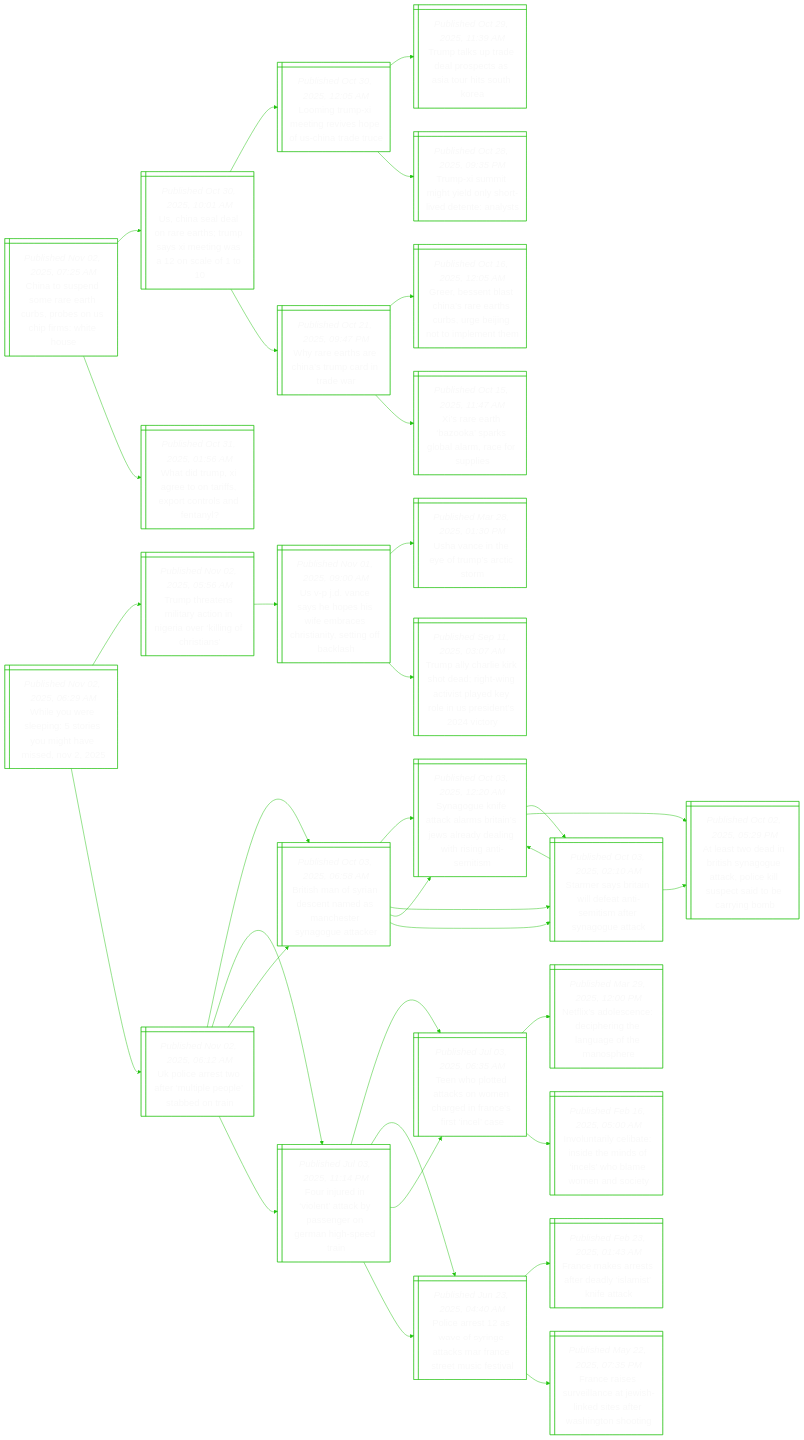
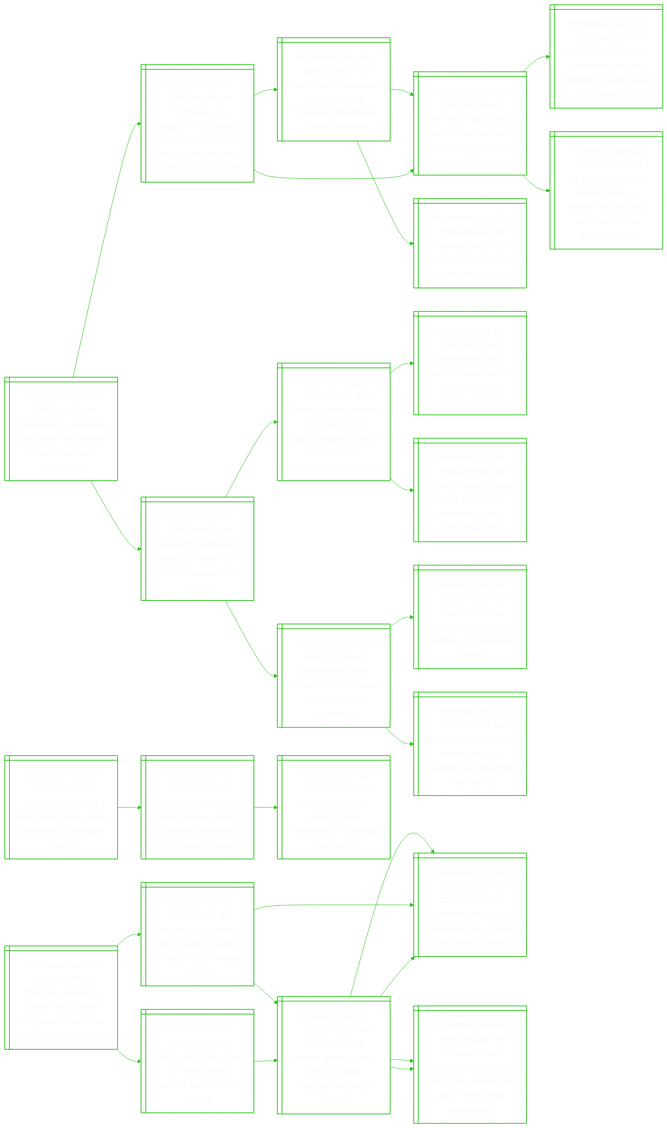
One commit to notJmes/notJmes changed the diagram in README.md. Above: the diagram before and after it, drawn with Mermaid. The commit also changed other lines of this file, not shown here.

````diff
--- a/README.md
+++ b/README.md
@@ -16,115 +16,91 @@
 flowchart LR
 classDef txtsize font-size:20px;
 
-CtportbbUpsee@{ shape: win-pane, label: "_Published Nov 02, 2025, 07:25 AM_
-China to suspend some rare earth curbs, probes on us chip firms: white house" }
-Unloehmsewne@{ shape: win-pane, label: "_Published Oct 30, 2025, 10:01 AM_
-Us, china seal deal on rare earths; trump says xi meeting was a 12 on scale of 1 to 10" }
-LnmegvpSaee@{ shape: win-pane, label: "_Published Oct 30, 2025, 12:05 AM_
-Looming trump-xi meeting revives hope of us-china trade truce" }
-Ttudlpaahoo@{ shape: win-pane, label: "_Published Oct 29, 2025, 11:39 AM_
-Trump talks up trade deal prospects as asia tour hits south korea" }
-TXmgelreent@{ shape: win-pane, label: "_Published Oct 28, 2025, 09:35 PM_
-Trump-xi summit might yield only short-lived detente: analysts" }
-Wrteamdar@{ shape: win-pane, label: "_Published Oct 21, 2025, 09:47 PM_
-Why rare earths are china’s trump card in trade war" }
-GBnsnrtrgjomee@{ shape: win-pane, label: "_Published Oct 16, 2025, 12:05 AM_
-Greer, bessent blast china’s rare earths curbs, urge beijing not to implement them" }
-Xrtopglmfps@{ shape: win-pane, label: "_Published Oct 15, 2025, 11:47 AM_
-Xi’s rare earth ‘bazooka’ sparks global alarm, race for supplies" }
-Wimgoretrnt@{ shape: win-pane, label: "_Published Oct 31, 2025, 01:56 AM_
-What did trump, xi agree to on tariffs, export controls and fentanyl?" }
+ItlotltadSlcs@{ shape: win-pane, label: "_Published Nov 02, 2025, 11:43 AM_
+‘intentional’ explosion took place at harvard medical school, officials say" }
+TsrgTsadeyneodcg@{ shape: win-pane, label: "_Published Oct 01, 2025, 09:20 AM_
+‘their sins are forgiven’: trump says harvard university to run ‘trade schools’ under upcoming deal" }
+TaiteoHrllfad@{ shape: win-pane, label: "_Published Sep 30, 2025, 07:47 AM_
+Trump administration seeks to make harvard ineligible for federal funding" }
+GngcoetnooT@{ shape: win-pane, label: "_Published Sep 29, 2025, 09:25 AM_
+Give in or fight back? us colleges are torn on how to respond to trump" }
+Hrrreizsoop@{ shape: win-pane, label: "_Published Sep 20, 2025, 09:20 AM_
+Harvard’s former president criticizes its approach to trump" }
+GngcoetnooT@{ shape: win-pane, label: "_Published Sep 29, 2025, 09:25 AM_
+Give in or fight back? us colleges are torn on how to respond to trump" }
+Hrspnafogloett@{ shape: win-pane, label: "_Published May 23, 2025, 09:34 PM_
+Harvard sues trump administration for blocking enrolment of foreign students" }
+Ukssrooodswrdsi@{ shape: win-pane, label: "_Published Sep 13, 2025, 10:30 AM_
+Uc berkeley shares information on dozens of students, staff with trump administration" }
+Hrdnlnyinnar@{ shape: win-pane, label: "_Published Oct 17, 2025, 03:05 AM_
+Harvard’s endowment swells to nearly $74 billion; donations hit a record" }
+TaiteHruertdaeseo@{ shape: win-pane, label: "_Published Aug 01, 2025, 04:14 AM_
+Trump administration refers harvard to justice department to address anti-semitism allegations" }
+BUrmawhtseei@{ shape: win-pane, label: "_Published Jul 31, 2025, 08:05 AM_
+Brown university makes a deal with the white house to restore funding" }
+WHsfftnssrme@{ shape: win-pane, label: "_Published Jul 26, 2025, 07:39 AM_
+White house seeks fines from other universities after columbia deal" }
+BUrrtiuasaat@{ shape: win-pane, label: "_Published Oct 16, 2025, 07:00 AM_
+Brown university rejects a white house deal for special treatment" }
+TosoeftugrtM@{ shape: win-pane, label: "_Published Oct 14, 2025, 08:00 AM_
+Trump offers all colleges preferential funding plan rejected by mit" }
+BbetnssugtsT@{ shape: win-pane, label: "_Published Aug 05, 2025, 08:59 AM_
+Badly bruised elite us universities are rushing to cut deals with trump" }
 
-CtportbbUpsee:::txtsize --> Unloehmsewne:::txtsize
-Unloehmsewne:::txtsize --> LnmegvpSaee:::txtsize
-LnmegvpSaee:::txtsize --> Ttudlpaahoo:::txtsize
-LnmegvpSaee:::txtsize --> TXmgelreent:::txtsize
-Unloehmsewne:::txtsize --> Wrteamdar:::txtsize
-Wrteamdar:::txtsize --> GBnsnrtrgjomee:::txtsize
-Wrteamdar:::txtsize --> Xrtopglmfps:::txtsize
-CtportbbUpsee:::txtsize --> Wimgoretrnt:::txtsize
+ItlotltadSlcs:::txtsize --> TsrgTsadeyneodcg:::txtsize
+TsrgTsadeyneodcg:::txtsize --> TaiteoHrllfad:::txtsize
+TaiteoHrllfad:::txtsize --> GngcoetnooT:::txtsize
+TaiteoHrllfad:::txtsize --> Hrrreizsoop:::txtsize
+TsrgTsadeyneodcg:::txtsize --> GngcoetnooT:::txtsize
+GngcoetnooT:::txtsize --> Hrspnafogloett:::txtsize
+GngcoetnooT:::txtsize --> Ukssrooodswrdsi:::txtsize
+ItlotltadSlcs:::txtsize --> Hrdnlnyinnar:::txtsize
+Hrdnlnyinnar:::txtsize --> TaiteHruertdaeseo:::txtsize
+TaiteHruertdaeseo:::txtsize --> BUrmawhtseei:::txtsize
+TaiteHruertdaeseo:::txtsize --> WHsfftnssrme:::txtsize
+Hrdnlnyinnar:::txtsize --> BUrrtiuasaat:::txtsize
+BUrrtiuasaat:::txtsize --> TosoeftugrtM:::txtsize
+BUrrtiuasaat:::txtsize --> BbetnssugtsT:::txtsize
 
-WYresemhiN@{ shape: win-pane, label: "_Published Nov 02, 2025, 06:29 AM_
-While you were sleeping: 5 stories you might have missed, nov 2, 2025" }
-TttiriNiriCt@{ shape: win-pane, label: "_Published Nov 02, 2025, 05:56 AM_
-Trump threatens military action in nigeria over ‘killing of christians’" }
-UDehewmeinegas@{ shape: win-pane, label: "_Published Nov 01, 2025, 09:00 AM_
-Us v-p j.d. vance says he hopes his wife embraces christianity, setting off backlash" }
-UanyrAcm@{ shape: win-pane, label: "_Published Mar 28, 2025, 01:30 PM_
-Usha vance in the eye of trump’s arctic storm" }
-TahesegnipdoUstt@{ shape: win-pane, label: "_Published Sep 11, 2025, 03:07 AM_
-Trump ally charlie kirk shot dead; right-wing activist played key role in us president’s 2024 victory" }
-Uirwetpebt@{ shape: win-pane, label: "_Published Nov 02, 2025, 06:12 AM_
-Uk police arrest two after ‘multiple people’ stabbed on train" }
-Bsoisnaceaec@{ shape: win-pane, label: "_Published Oct 03, 2025, 06:58 AM_
-British man of syrian descent named as manchester synagogue attacker" }
-Sontasaerdnhnit@{ shape: win-pane, label: "_Published Oct 03, 2025, 12:20 AM_
-Synagogue knife attack alarms britain’s jews already dealing with rising anti-semitism" }
-Sesaletiasot@{ shape: win-pane, label: "_Published Oct 03, 2025, 02:10 AM_
-Starmer says britain will defeat anti-semitism after synagogue attack" }
-Fndoakseehpr@{ shape: win-pane, label: "_Published Jul 03, 2025, 11:14 PM_
-Four injured in ‘violent’ attack by passenger on german high-speed train" }
-Thttsmainina@{ shape: win-pane, label: "_Published Jul 03, 2025, 06:35 AM_
-Teen who plotted attacks on women charged in france’s first ‘incel’ case" }
-Pesasgaanruea@{ shape: win-pane, label: "_Published Jun 23, 2025, 04:40 AM_
-Police arrest 12 as wave of syringe attacks mar france street music festival" }
+BidfrSFsurcsyi@{ shape: win-pane, label: "_Published Nov 02, 2025, 10:59 AM_
+Britain’s andrew’s former wife sarah ferguson, daughters and corgis hit by crisis" }
+Binrtberrtssm@{ shape: win-pane, label: "_Published Oct 31, 2025, 03:36 AM_
+Britain’s king charles strips brother andrew of royal titles, windsor home" }
+Vnumroeieryin@{ shape: win-pane, label: "_Published Oct 21, 2025, 06:12 PM_
+Virginia giuffre memoir goes on sale, heaping fresh scrutiny on prince andrew" }
+Biinastiifeal@{ shape: win-pane, label: "_Published Feb 16, 2022, 12:22 AM_
+Britain's prince andrew agrees to settle virginia giuffre sex assault claim" }
+BiingunluYteaas@{ shape: win-pane, label: "_Published Oct 18, 2025, 03:26 AM_
+Britain’s prince andrew gives up using title of duke of york, still denies accusations" }
+Biinastiifeal@{ shape: win-pane, label: "_Published Feb 16, 2022, 12:22 AM_
+Britain's prince andrew agrees to settle virginia giuffre sex assault claim" }
+Weatwldorhc@{ shape: win-pane, label: "_Published Oct 31, 2025, 11:05 AM_
+What we know about the downfall of andrew, born a british prince" }
+Vnumroeieryin@{ shape: win-pane, label: "_Published Oct 21, 2025, 06:12 PM_
+Virginia giuffre memoir goes on sale, heaping fresh scrutiny on prince andrew" }
+Biinastiifeal@{ shape: win-pane, label: "_Published Feb 16, 2022, 12:22 AM_
+Britain's prince andrew agrees to settle virginia giuffre sex assault claim" }
+BiingunluYteaas@{ shape: win-pane, label: "_Published Oct 18, 2025, 03:26 AM_
+Britain’s prince andrew gives up using title of duke of york, still denies accusations" }
 
-WYresemhiN:::txtsize --> TttiriNiriCt:::txtsize
-TttiriNiriCt:::txtsize --> UDehewmeinegas:::txtsize
-UDehewmeinegas:::txtsize --> UanyrAcm:::txtsize
-UDehewmeinegas:::txtsize --> TahesegnipdoUstt:::txtsize
-WYresemhiN:::txtsize --> Uirwetpebt:::txtsize
-Uirwetpebt:::txtsize --> Bsoisnaceaec:::txtsize
-Bsoisnaceaec:::txtsize --> Sontasaerdnhnit:::txtsize
-Bsoisnaceaec:::txtsize --> Sesaletiasot:::txtsize
-Uirwetpebt:::txtsize --> Fndoakseehpr:::txtsize
-Fndoakseehpr:::txtsize --> Thttsmainina:::txtsize
-Fndoakseehpr:::txtsize --> Pesasgaanruea:::txtsize
+BidfrSFsurcsyi:::txtsize --> Binrtberrtssm:::txtsize
+Binrtberrtssm:::txtsize --> Vnumroeieryin:::txtsize
+Vnumroeieryin:::txtsize --> Biinastiifeal:::txtsize
+Vnumroeieryin:::txtsize --> BiingunluYteaas:::txtsize
+Binrtberrtssm:::txtsize --> Biinastiifeal:::txtsize
+BidfrSFsurcsyi:::txtsize --> Weatwldorhc:::txtsize
+Weatwldorhc:::txtsize --> Vnumroeieryin:::txtsize
+Vnumroeieryin:::txtsize --> Biinastiifeal:::txtsize
+Vnumroeieryin:::txtsize --> BiingunluYteaas:::txtsize
 
-Uirwetpebt@{ shape: win-pane, label: "_Published Nov 02, 2025, 06:12 AM_
-Uk police arrest two after ‘multiple people’ stabbed on train" }
-Bsoisnaceaec@{ shape: win-pane, label: "_Published Oct 03, 2025, 06:58 AM_
-British man of syrian descent named as manchester synagogue attacker" }
-Sontasaerdnhnit@{ shape: win-pane, label: "_Published Oct 03, 2025, 12:20 AM_
-Synagogue knife attack alarms britain’s jews already dealing with rising anti-semitism" }
-Sesaletiasot@{ shape: win-pane, label: "_Published Oct 03, 2025, 02:10 AM_
-Starmer says britain will defeat anti-semitism after synagogue attack" }
-Asdninualissorg@{ shape: win-pane, label: "_Published Oct 02, 2025, 05:29 PM_
-At least two dead in british synagogue attack, police kill suspect said to be carrying bomb" }
-Sesaletiasot@{ shape: win-pane, label: "_Published Oct 03, 2025, 02:10 AM_
-Starmer says britain will defeat anti-semitism after synagogue attack" }
-Sontasaerdnhnit@{ shape: win-pane, label: "_Published Oct 03, 2025, 12:20 AM_
-Synagogue knife attack alarms britain’s jews already dealing with rising anti-semitism" }
-Asdninualissorg@{ shape: win-pane, label: "_Published Oct 02, 2025, 05:29 PM_
-At least two dead in british synagogue attack, police kill suspect said to be carrying bomb" }
-Fndoakseehpr@{ shape: win-pane, label: "_Published Jul 03, 2025, 11:14 PM_
-Four injured in ‘violent’ attack by passenger on german high-speed train" }
-Thttsmainina@{ shape: win-pane, label: "_Published Jul 03, 2025, 06:35 AM_
-Teen who plotted attacks on women charged in france’s first ‘incel’ case" }
-Nioeeetneese@{ shape: win-pane, label: "_Published Mar 29, 2025, 12:00 PM_
-Netflix’s adolescence: deciphering the language of the manosphere" }
-Iuiledmoeoenoy@{ shape: win-pane, label: "_Published Feb 16, 2025, 05:00 AM_
-Involuntarily celibate: inside the minds of ‘incels’ who blame women and society" }
-Pesasgaanruea@{ shape: win-pane, label: "_Published Jun 23, 2025, 04:40 AM_
-Police arrest 12 as wave of syringe attacks mar france street music festival" }
-Fesstassfa@{ shape: win-pane, label: "_Published Feb 23, 2025, 01:43 AM_
-France makes arrests after deadly ‘islamist’ knife attack" }
-Feevatskttstog@{ shape: win-pane, label: "_Published May 22, 2025, 07:35 PM_
-France raises surveillance at jewish-linked sites after washington shooting" }
+Drberolosac@{ shape: win-pane, label: "_Published Nov 02, 2025, 10:57 AM_
+Denmark’s fabled restaurant noma sells products to amateur cooks" }
+WasewwfsatNl@{ shape: win-pane, label: "_Published Jan 11, 2023, 05:30 AM_
+What happens to the chef when a world-famous restaurant like noma closes?" }
+Nahlstnlgo@{ shape: win-pane, label: "_Published Jan 10, 2023, 01:46 PM_
+Noma, rated the world’s best restaurant, is closing its doors" }
 
-Uirwetpebt:::txtsize --> Bsoisnaceaec:::txtsize
-Bsoisnaceaec:::txtsize --> Sontasaerdnhnit:::txtsize
-Sontasaerdnhnit:::txtsize --> Sesaletiasot:::txtsize
-Sontasaerdnhnit:::txtsize --> Asdninualissorg:::txtsize
-Bsoisnaceaec:::txtsize --> Sesaletiasot:::txtsize
-Sesaletiasot:::txtsize --> Sontasaerdnhnit:::txtsize
-Sesaletiasot:::txtsize --> Asdninualissorg:::txtsize
-Uirwetpebt:::txtsize --> Fndoakseehpr:::txtsize
-Fndoakseehpr:::txtsize --> Thttsmainina:::txtsize
-Thttsmainina:::txtsize --> Nioeeetneese:::txtsize
-Thttsmainina:::txtsize --> Iuiledmoeoenoy:::txtsize
-Fndoakseehpr:::txtsize --> Pesasgaanruea:::txtsize
-Pesasgaanruea:::txtsize --> Fesstassfa:::txtsize
-Pesasgaanruea:::txtsize --> Feevatskttstog:::txtsize
+Drberolosac:::txtsize --> WasewwfsatNl:::txtsize
+WasewwfsatNl:::txtsize --> Nahlstnlgo:::txtsize
 
 ```
````
